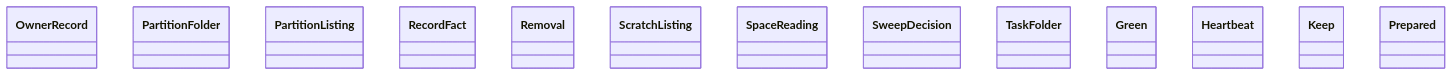
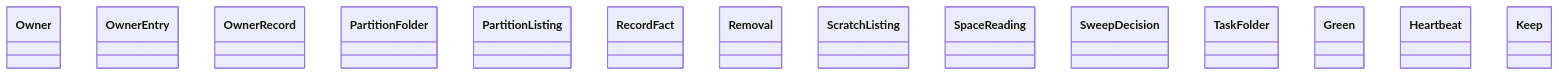
The diagram in docs/architecture/generated/classes-process-domain-machine-3.md (GonzaloZevallos/agentic-system), drawn with Mermaid before and after one commit. The commit also changed 10 other files, not shown here.

````diff
--- a/docs/architecture/generated/classes-process-domain-machine-3.md
+++ b/docs/architecture/generated/classes-process-domain-machine-3.md
@@ -33,16 +33,17 @@
 ```mermaid
 classDiagram
+    class scratch__Owner["Owner"]
+    class scratch__OwnerEntry["OwnerEntry"]
     class scratch__OwnerRecord["OwnerRecord"]
     class scratch__PartitionFolder["PartitionFolder"]
     class scratch__PartitionListing["PartitionListing"]
     class scratch__RecordFact["RecordFact"]
     class scratch__Removal["Removal"]
     class scratch__ScratchListing["ScratchListing"]
     class scratch__SpaceReading["SpaceReading"]
     class scratch__SweepDecision["SweepDecision"]
     class scratch__TaskFolder["TaskFolder"]
     class stage0_rotation__Green["Green"]
     class stage0_rotation__Heartbeat["Heartbeat"]
     class stage0_rotation__Keep["Keep"]
-    class stage0_rotation__Prepared["Prepared"]
 ```
````
